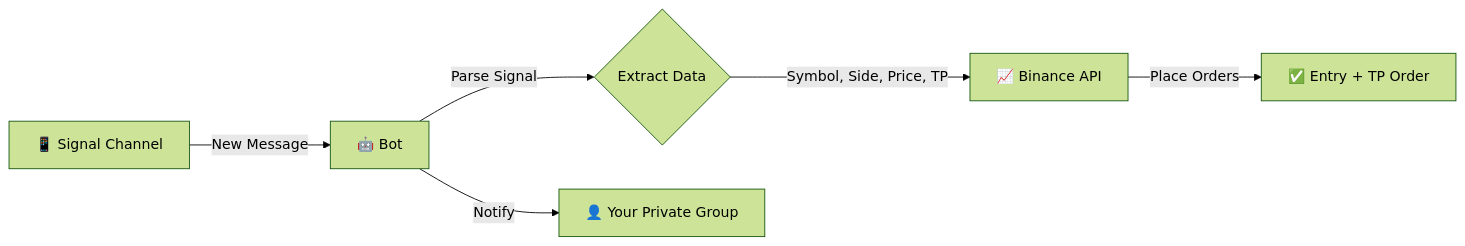
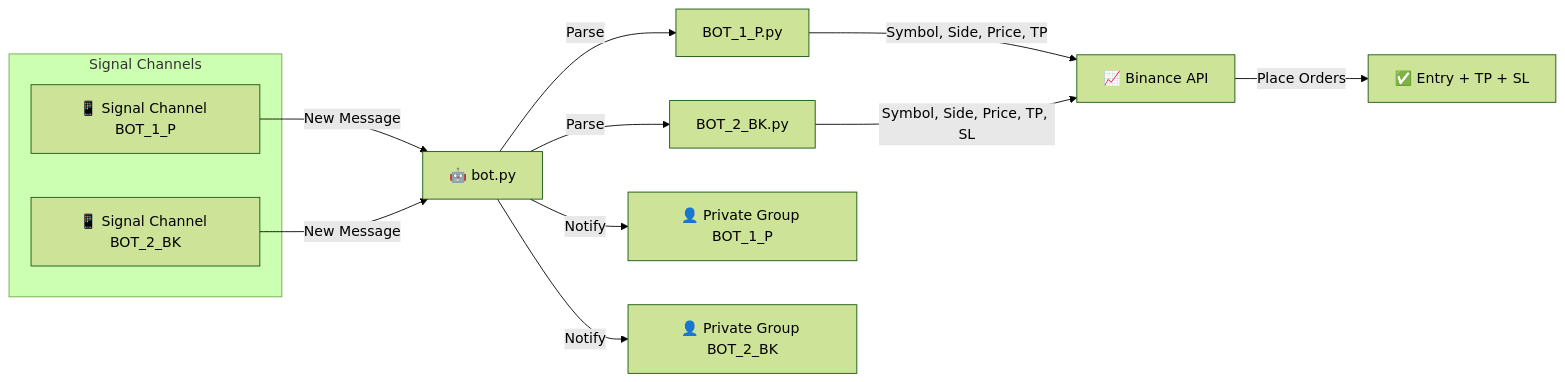
The diagram in README.md (abhijitgawai/TradingBotTelegram2), drawn with Mermaid (forest theme) before and after one commit. The commit also changed other lines of this file and 4 other files, not shown here.

````diff
--- a/README.md
+++ b/README.md
@@ -7,8 +7,21 @@
 ```mermaid
 flowchart LR
-    A[📱 Signal Channel] -->|New Message| B[🤖 Bot]
-    B -->|Parse Signal| C{Extract Data}
-    C -->|Symbol, Side, Price, TP| D[📈 Binance API]
-    D -->|Place Orders| E[✅ Entry + TP Order]
-    B -->|Notify| F[👤 Your Private Group]
+    subgraph Signal Channels
+        A1[📱 Signal Channel BOT_1_P]
+        A2[📱 Signal Channel BOT_2_BK]
+    end
+    
+    A1 -->|New Message| B[🤖 bot.py]
+    A2 -->|New Message| B
+    
+    B -->|Parse| C1[BOT_1_P.py]
+    B -->|Parse| C2[BOT_2_BK.py]
+    
+    C1 -->|Symbol, Side, Price, TP| D[📈 Binance API]
+    C2 -->|Symbol, Side, Price, TP, SL| D
+    
+    D -->|Place Orders| E[✅ Entry + TP + SL]
+    
+    B -->|Notify| F1[👤 Private Group BOT_1_P]
+    B -->|Notify| F2[👤 Private Group BOT_2_BK]
 ```
````
